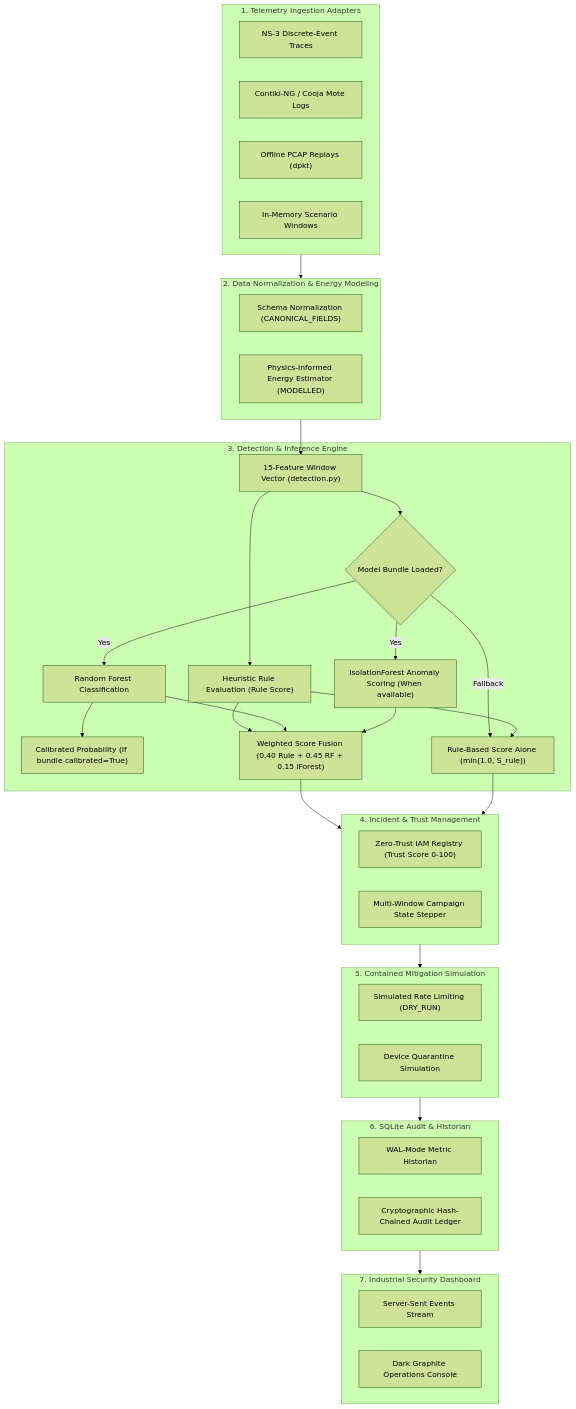
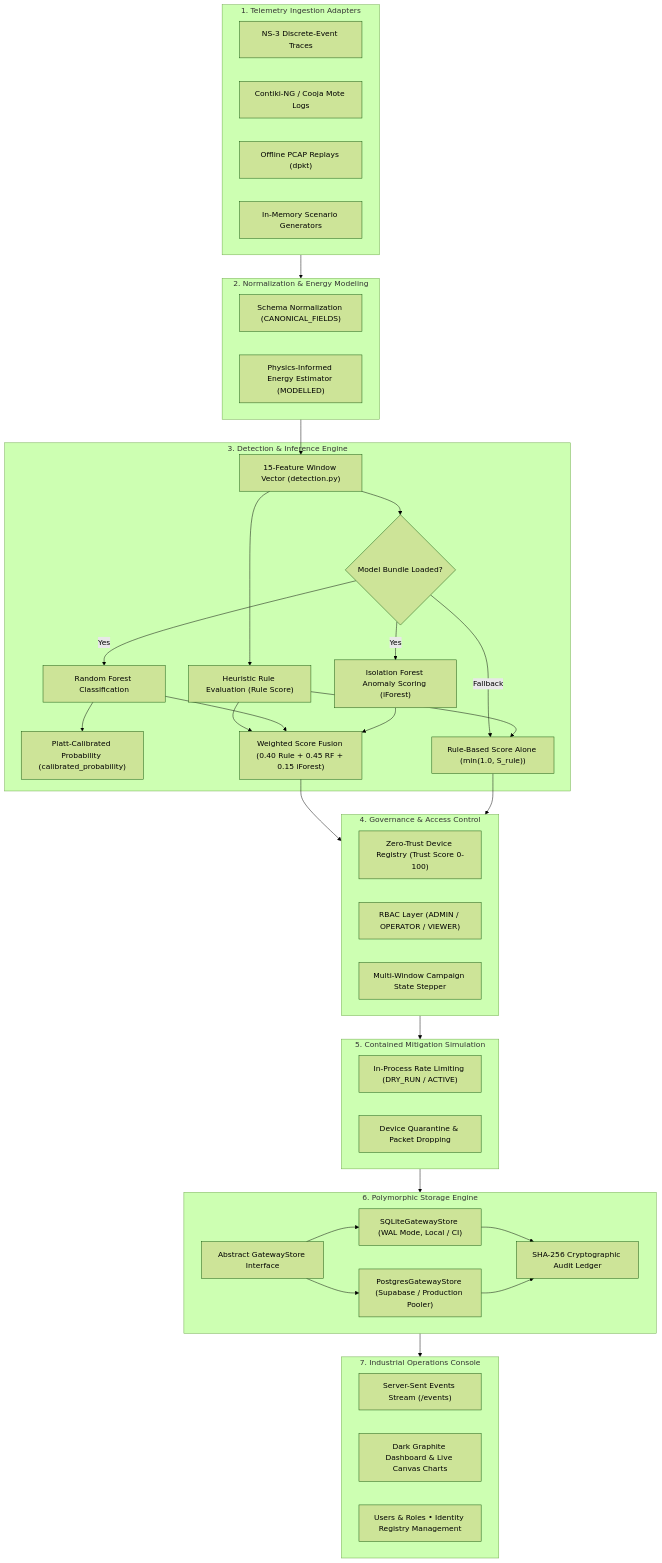
Before and after one commit to jaydeepm25/AI-Based-Cyber-Security-Gateway-AICG: the diagram in README.md, drawn with Mermaid (forest theme). The commit also changed other lines of this file, not shown here.

````diff
--- a/README.md
+++ b/README.md
@@ -92,62 +83,69 @@
 ```mermaid
 flowchart TD
     subgraph Sources["1. Telemetry Ingestion Adapters"]
         S1["NS-3 Discrete-Event Traces"]
         S2["Contiki-NG / Cooja Mote Logs"]
         S3["Offline PCAP Replays (dpkt)"]
-        S4["In-Memory Scenario Windows"]
+        S4["In-Memory Scenario Generators"]
     end
 
-    subgraph Ingestion["2. Data Normalization & Energy Modeling"]
+    subgraph Ingestion["2. Normalization & Energy Modeling"]
         I1["Schema Normalization (CANONICAL_FIELDS)"]
         I2["Physics-Informed Energy Estimator (MODELLED)"]
     end
 
     subgraph Detection["3. Detection & Inference Engine"]
         D1["15-Feature Window Vector (detection.py)"]
         DR["Heuristic Rule Evaluation (Rule Score)"]
         D2{"Model Bundle Loaded?"}
         D3["Random Forest Classification"]
-        D4["Calibrated Probability (If bundle calibrated=True)"]
-        D5["IsolationForest Anomaly Scoring (When available)"]
+        D4["Platt-Calibrated Probability (calibrated_probability)"]
+        D5["Isolation Forest Anomaly Scoring (iForest)"]
         D6["Rule-Based Score Alone (min(1.0, S_rule))"]
         D7["Weighted Score Fusion (0.40 Rule + 0.45 RF + 0.15 iForest)"]
     end
 
-    subgraph Governance["4. Incident & Trust Management"]
-        G1["Zero-Trust IAM Registry (Trust Score 0-100)"]
-        G2["Multi-Window Campaign State Stepper"]
+    subgraph Governance["4. Governance & Access Control"]
+        G1["Zero-Trust Device Registry (Trust Score 0-100)"]
+        G2["RBAC Layer (ADMIN / OPERATOR / VIEWER)"]
+        G3["Multi-Window Campaign State Stepper"]
     end
 
     subgraph Mitigation["5. Contained Mitigation Simulation"]
-        M1["Simulated Rate Limiting (DRY_RUN)"]
-        M2["Device Quarantine Simulation"]
+        M1["In-Process Rate Limiting (DRY_RUN / ACTIVE)"]
+        M2["Device Quarantine & Packet Dropping"]
     end
 
-    subgraph Storage["6. SQLite Audit & Historian"]
-        ST1["WAL-Mode Metric Historian"]
-        ST2["Cryptographic Hash-Chained Audit Ledger"]
+    subgraph Storage["6. Polymorphic Storage Engine"]
+        ST0["Abstract GatewayStore Interface"]
+        ST1["SQLiteGatewayStore (WAL Mode, Local / CI)"]
+        ST2["PostgresGatewayStore (Supabase / Production Pooler)"]
+        ST3["SHA-256 Cryptographic Audit Ledger"]
     end
 
-    subgraph HMI["7. Industrial Security Dashboard"]
-        H1["Server-Sent Events Stream"]
-        H2["Dark Graphite Operations Console"]
+    subgraph HMI["7. Industrial Operations Console"]
+        H1["Server-Sent Events Stream (/events)"]
+        H2["Dark Graphite Dashboard & Live Canvas Charts"]
+        H3["Users & Roles • Identity Registry Management"]
     end
 
     Sources --> Ingestion
     Ingestion --> D1
     D1 --> DR
     D1 --> D2
     D2 -->|Yes| D3
     D3 --> D4
     D2 -->|Yes| D5
     DR --> D7
     D3 & D5 --> D7
     D2 -->|Fallback| D6
     DR --> D6
     D7 --> Governance
     D6 --> Governance
     Governance --> Mitigation
     Mitigation --> Storage
+    ST0 --> ST1
+    ST0 --> ST2
+    ST1 & ST2 --> ST3
     Storage --> HMI
 ```
````
